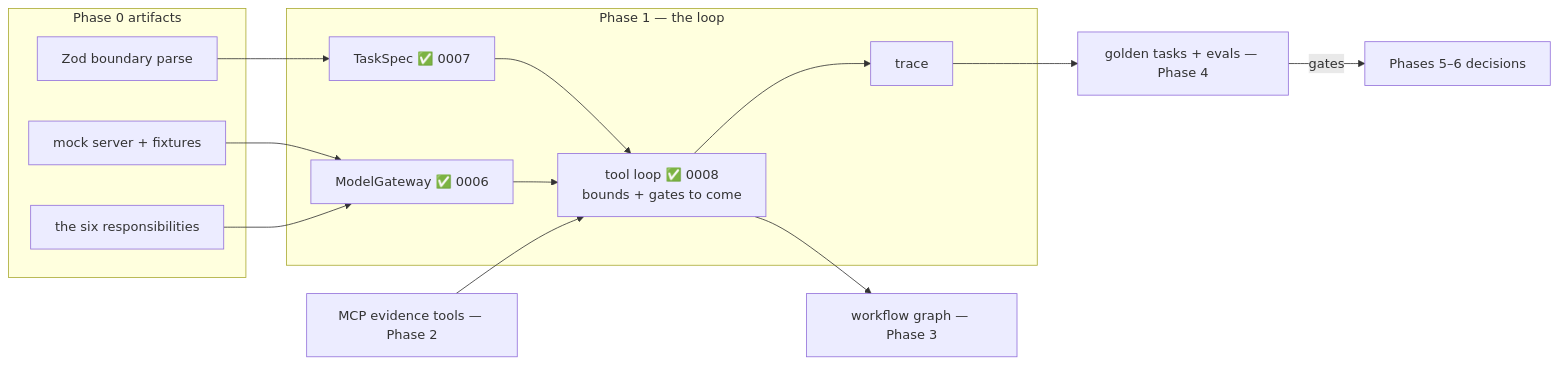
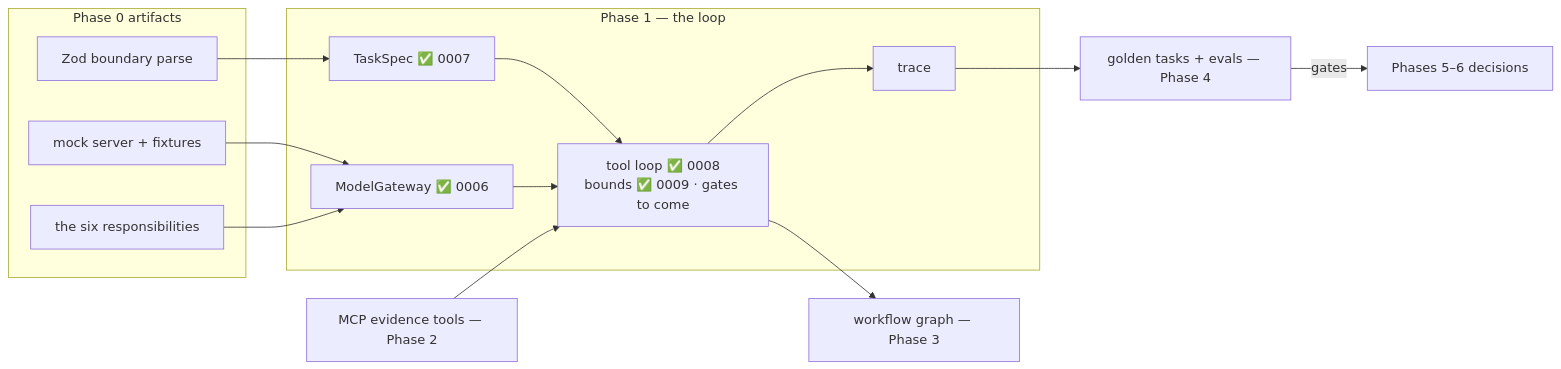
Before and after one commit to JozsefKiss90/TS: the fourth of 4 diagrams in wiki/course/course-module-graph.md, drawn with Mermaid. The commit also changed other lines of this file and 46 other files, not shown here.

````diff
--- a/wiki/course/course-module-graph.md
+++ b/wiki/course/course-module-graph.md
@@ -77,24 +77,24 @@
 ```mermaid
 flowchart LR
     subgraph PH0["Phase 0 artifacts"]
         MOCK["mock server + fixtures"]
         SIX["the six responsibilities"]
         ZOD["Zod boundary parse"]
     end
     subgraph PH1["Phase 1 — the loop"]
         GWY["ModelGateway ✅ 0006"]
         SPEC["TaskSpec ✅ 0007"]
-        TLOOP["tool loop ✅ 0008<br/>bounds + gates to come"]
+        TLOOP["tool loop ✅ 0008<br/>bounds ✅ 0009 · gates to come"]
         TR["trace"]
     end
     MOCK --> GWY
     SIX --> GWY
     ZOD --> SPEC
     SPEC --> TLOOP
     GWY --> TLOOP
     TLOOP --> TR
     EV["MCP evidence tools — Phase 2"] --> TLOOP
     TLOOP --> WG["workflow graph — Phase 3"]
     TR --> EVAL["golden tasks + evals — Phase 4"]
     EVAL -->|"gates"| P5P6["Phases 5–6 decisions"]
 ```
````
